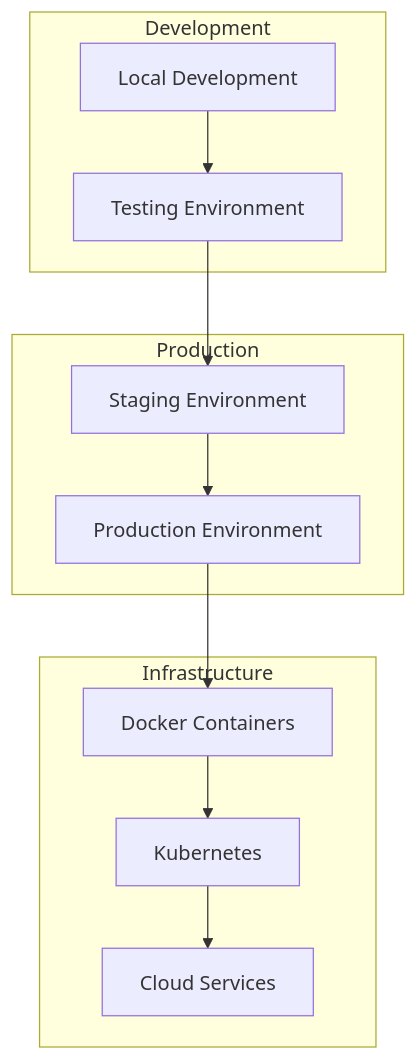
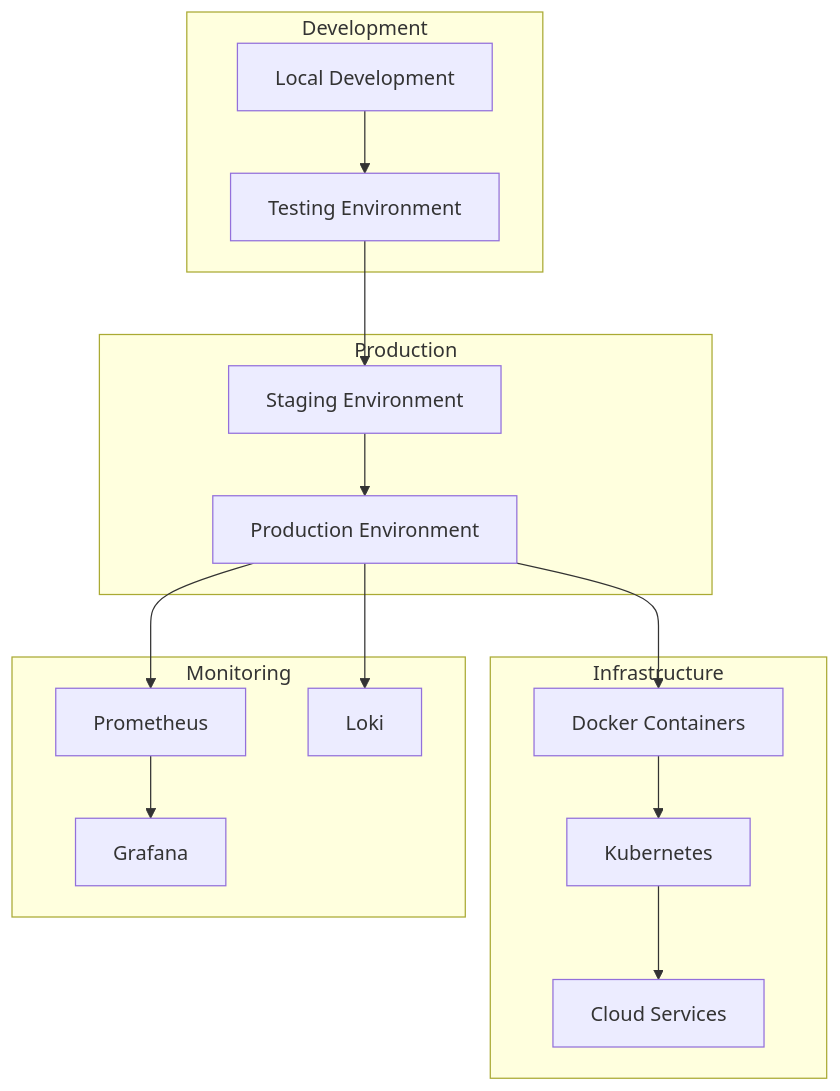
One commit to memorix-ai/memorix-sdk changed the sixth of 6 diagrams in docs/ARCHITECTURE.md. Above: the diagram before and after it, drawn with Mermaid. The commit also changed other lines of this file and 31 other files, not shown here.

````diff
--- a/docs/ARCHITECTURE.md
+++ b/docs/ARCHITECTURE.md
@@ -218,26 +329,36 @@
 ```mermaid
 graph TB
     subgraph "Development"
         DEV[Local Development]
         TEST[Testing Environment]
     end
     
     subgraph "Production"
         PROD[Production Environment]
         STAGING[Staging Environment]
     end
     
     subgraph "Infrastructure"
         CONTAINER[Docker Containers]
         K8S[Kubernetes]
         CLOUD[Cloud Services]
     end
     
+    subgraph "Monitoring"
+        PROMETHEUS[Prometheus]
+        GRAFANA[Grafana]
+        LOKI[Loki]
+    end
+    
     DEV --> TEST
     TEST --> STAGING
     STAGING --> PROD
     
     PROD --> CONTAINER
     CONTAINER --> K8S
     K8S --> CLOUD
+    
+    PROD --> PROMETHEUS
+    PROMETHEUS --> GRAFANA
+    PROD --> LOKI
 ```
````
